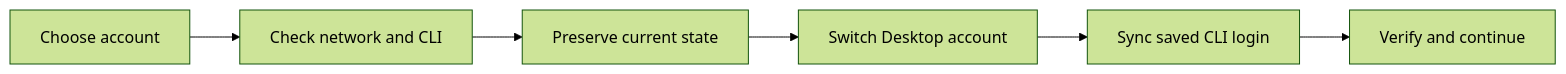
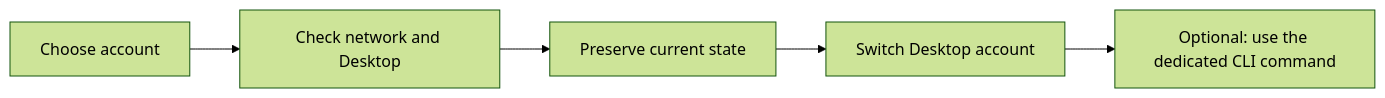
One commit to liuquanqing/claude-switcher changed the diagram in README.en.md. Above: the diagram before and after it, drawn with Mermaid (forest theme). The commit also changed other lines of this file and 15 other files, not shown here.

Commit message:
fix: keep CLI logins independent of desktop switching and quota refresh

````diff
--- a/README.en.md
+++ b/README.en.md
@@ -52,8 +52,7 @@
 ```mermaid
 flowchart LR
-    A[Choose account] --> B[Check network and CLI]
+    A[Choose account] --> B[Check network and Desktop]
     B --> C[Preserve current state]
     C --> D[Switch Desktop account]
-    D --> E[Sync saved CLI login]
-    E --> F[Verify and continue]
+    D --> E[Optional: use the dedicated CLI command]
 ```
````
